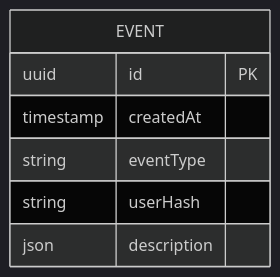
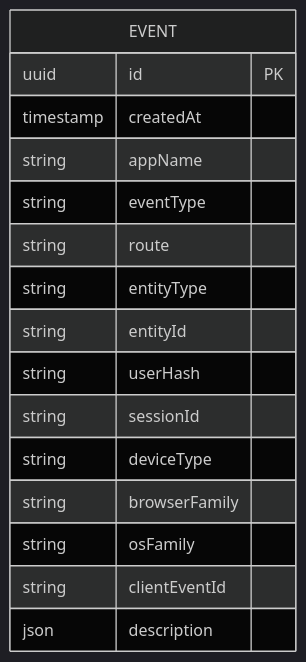
The diagram in docs/plans/2026-04-29-001-feat-signal-usage-analytics-plan.md (JesusFilm/core), drawn with Mermaid (dark theme) before and after one commit. The commit also changed other lines of this file, not shown here.

First line of the commit message:
docs(signal): expand schema for cross-app extensibility (v3)

````diff
--- a/docs/plans/2026-04-29-001-feat-signal-usage-analytics-plan.md
+++ b/docs/plans/2026-04-29-001-feat-signal-usage-analytics-plan.md
@@ -143,10 +188,19 @@
 ```mermaid
 erDiagram
   EVENT {
     uuid id PK
     timestamp createdAt
+    string appName
     string eventType
+    string route
+    string entityType
+    string entityId
     string userHash
+    string sessionId
+    string deviceType
+    string browserFamily
+    string osFamily
+    string clientEventId
     json description
   }
 ```
````
